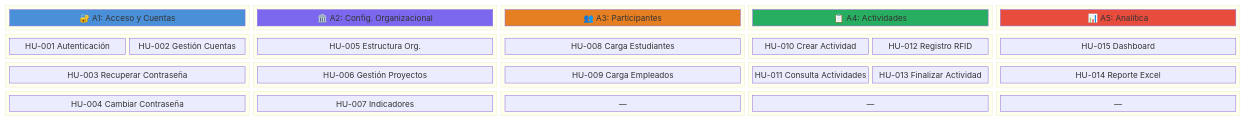
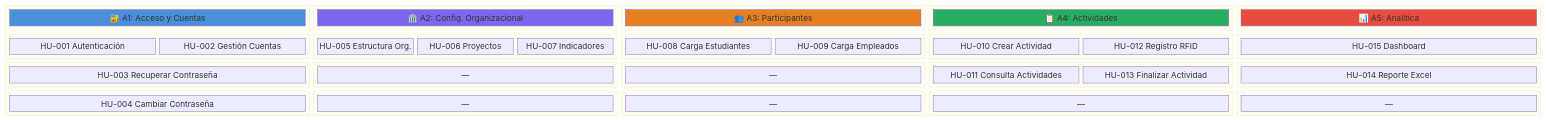
One commit to sibeuco/DocumentacionSibe changed the second of 4 diagrams in docs/artifacts/10.mapa_de_historias_de_usuario.md. Above: the diagram before and after it, drawn with Mermaid. The commit also changed other lines of this file and 7 other files, not shown here.

````diff
--- a/docs/artifacts/10.mapa_de_historias_de_usuario.md
+++ b/docs/artifacts/10.mapa_de_historias_de_usuario.md
@@ -114,77 +120,80 @@
 ```mermaid
 block-beta
     columns 5
     
     block:header1:1
         h1["🔐 A1: Acceso y Cuentas"]
     end
     block:header2:1
         h2["🏛️ A2: Config. Organizacional"]
     end
     block:header3:1
         h3["👥 A3: Participantes"]
     end
     block:header4:1
         h4["📋 A4: Actividades"]
     end
     block:header5:1
         h5["📊 A5: Analítica"]
     end
 
     block:r1a1:1
         r1h1["HU-001 Autenticación"]
         r1h2["HU-002 Gestión Cuentas"]
     end
     block:r1a2:1
         r1h5["HU-005 Estructura Org."]
+        r1h6["HU-006 Proyectos"]
+        r1h7["HU-007 Indicadores"]
     end
     block:r1a3:1
         r1h8["HU-008 Carga Estudiantes"]
+        r1h9["HU-009 Carga Empleados"]
     end
     block:r1a4:1
         r1h10["HU-010 Crear Actividad"]
         r1h12["HU-012 Registro RFID"]
     end
     block:r1a5:1
         r1h15["HU-015 Dashboard"]
     end
     
     block:r2a1:1
         r2h3["HU-003 Recuperar Contraseña"]
     end
     block:r2a2:1
-        r2h6["HU-006 Gestión Proyectos"]
+        r2empty["—"]
     end
     block:r2a3:1
-        r2h9["HU-009 Carga Empleados"]
+        r2empty2["—"]
     end
     block:r2a4:1
         r2h11["HU-011 Consulta Actividades"]
         r2h13["HU-013 Finalizar Actividad"]
     end
     block:r2a5:1
         r2h14["HU-014 Reporte Excel"]
     end
 
     block:r3a1:1
         r3h4["HU-004 Cambiar Contraseña"]
     end
     block:r3a2:1
-        r3h7["HU-007 Indicadores"]
+        r3empty["—"]
     end
     block:r3a3:1
-        r3empty["—"]
+        r3empty2["—"]
     end
     block:r3a4:1
-        r3empty2["—"]
+        r3empty3["—"]
     end
     block:r3a5:1
-        r3empty3["—"]
+        r3empty4["—"]
     end
 
     style h1 fill:#4A90D9,color:#fff
     style h2 fill:#7B68EE,color:#fff
     style h3 fill:#E67E22,color:#fff
     style h4 fill:#27AE60,color:#fff
     style h5 fill:#E74C3C,color:#fff
 ```
````
